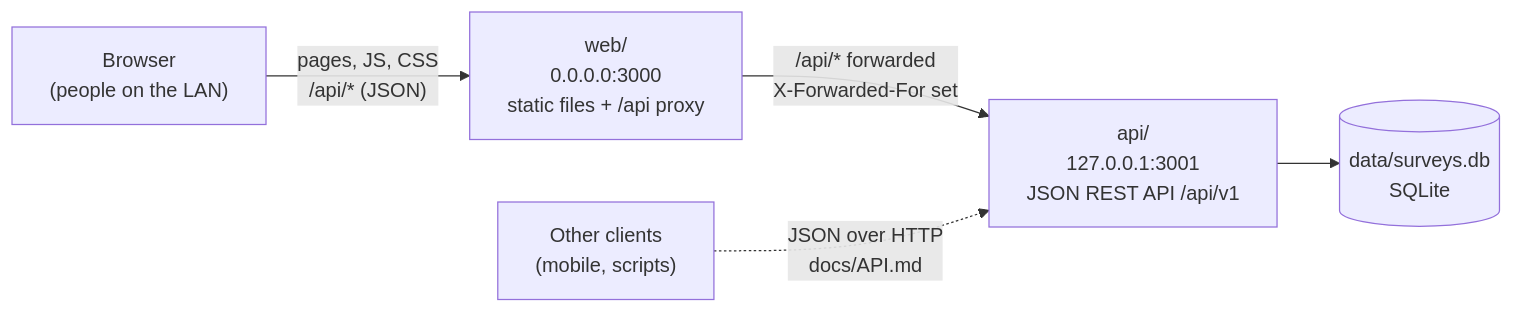
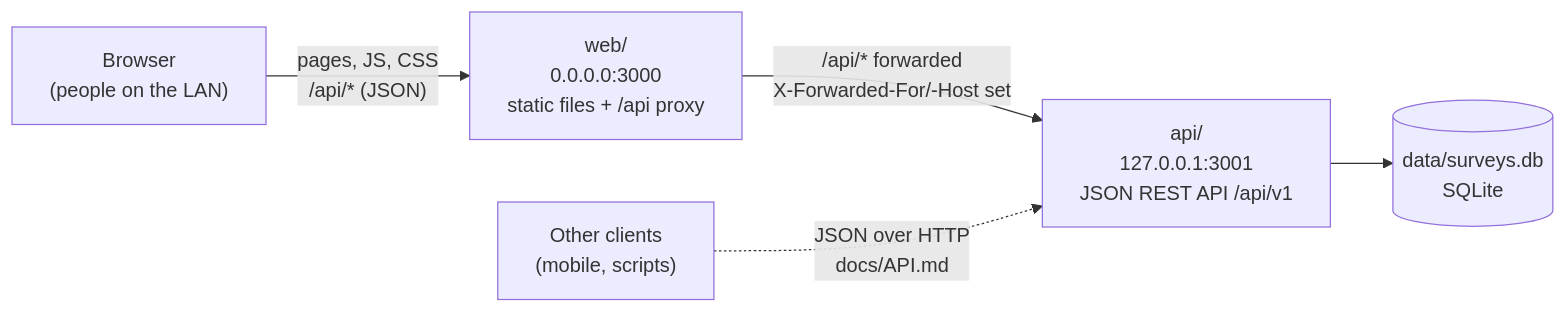
The diagram in README.md (yendri404/survery), drawn with Mermaid before and after one commit. The commit also changed other lines of this file and 11 other files, not shown here.

````diff
--- a/README.md
+++ b/README.md
@@ -12,7 +12,7 @@
 ```mermaid
 flowchart LR
     B["Browser<br/>(people on the LAN)"] -- "pages, JS, CSS<br/>/api/* (JSON)" --> W["web/<br/>0.0.0.0:3000<br/>static files + /api proxy"]
-    W -- "/api/* forwarded<br/>X-Forwarded-For set" --> A["api/<br/>127.0.0.1:3001<br/>JSON REST API /api/v1"]
+    W -- "/api/* forwarded<br/>X-Forwarded-For/-Host set" --> A["api/<br/>127.0.0.1:3001<br/>JSON REST API /api/v1"]
     A --> D[("data/surveys.db<br/>SQLite")]
     M["Other clients<br/>(mobile, scripts)"] -. "JSON over HTTP<br/>docs/API.md" .-> A
 ```
````
